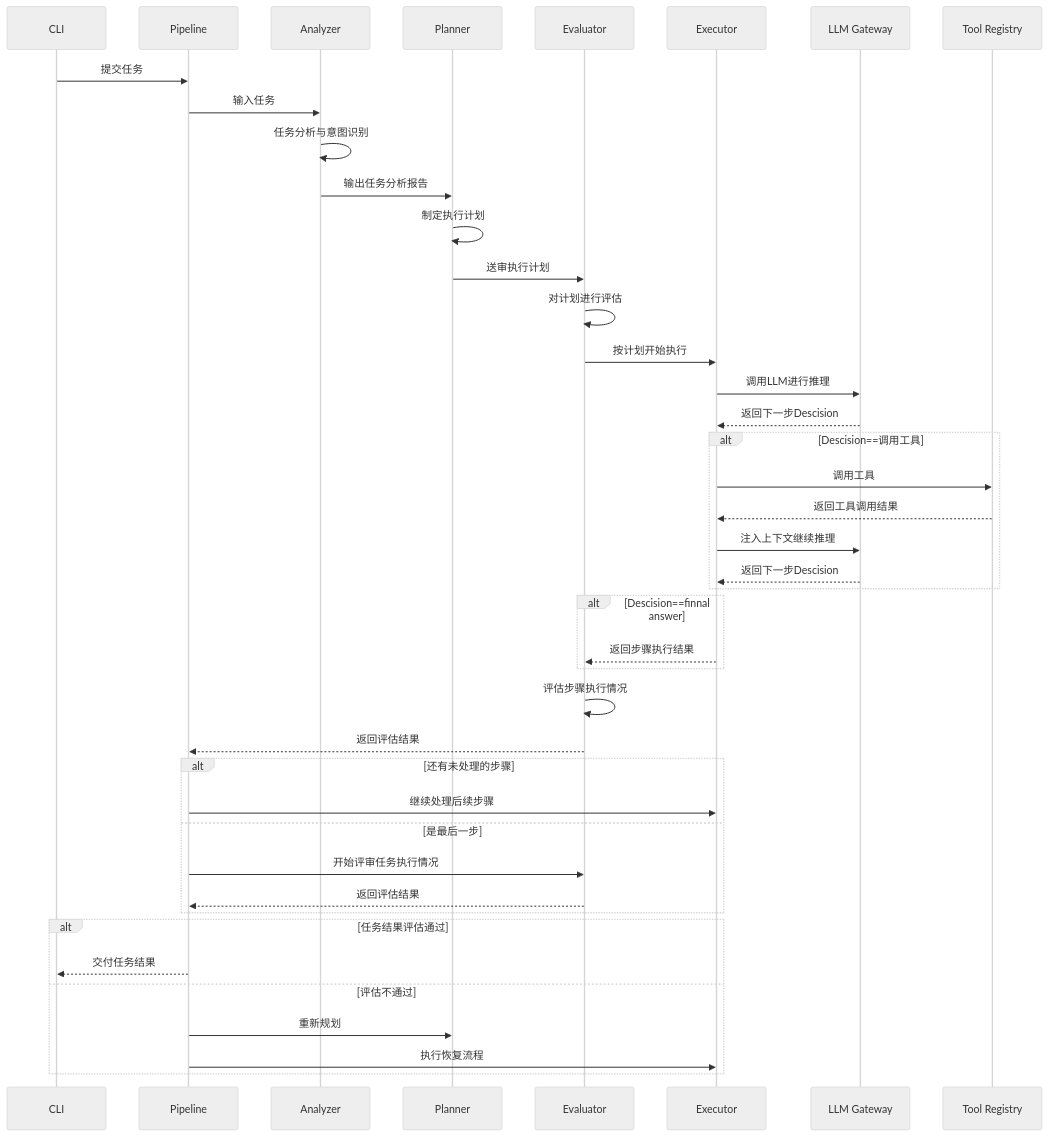
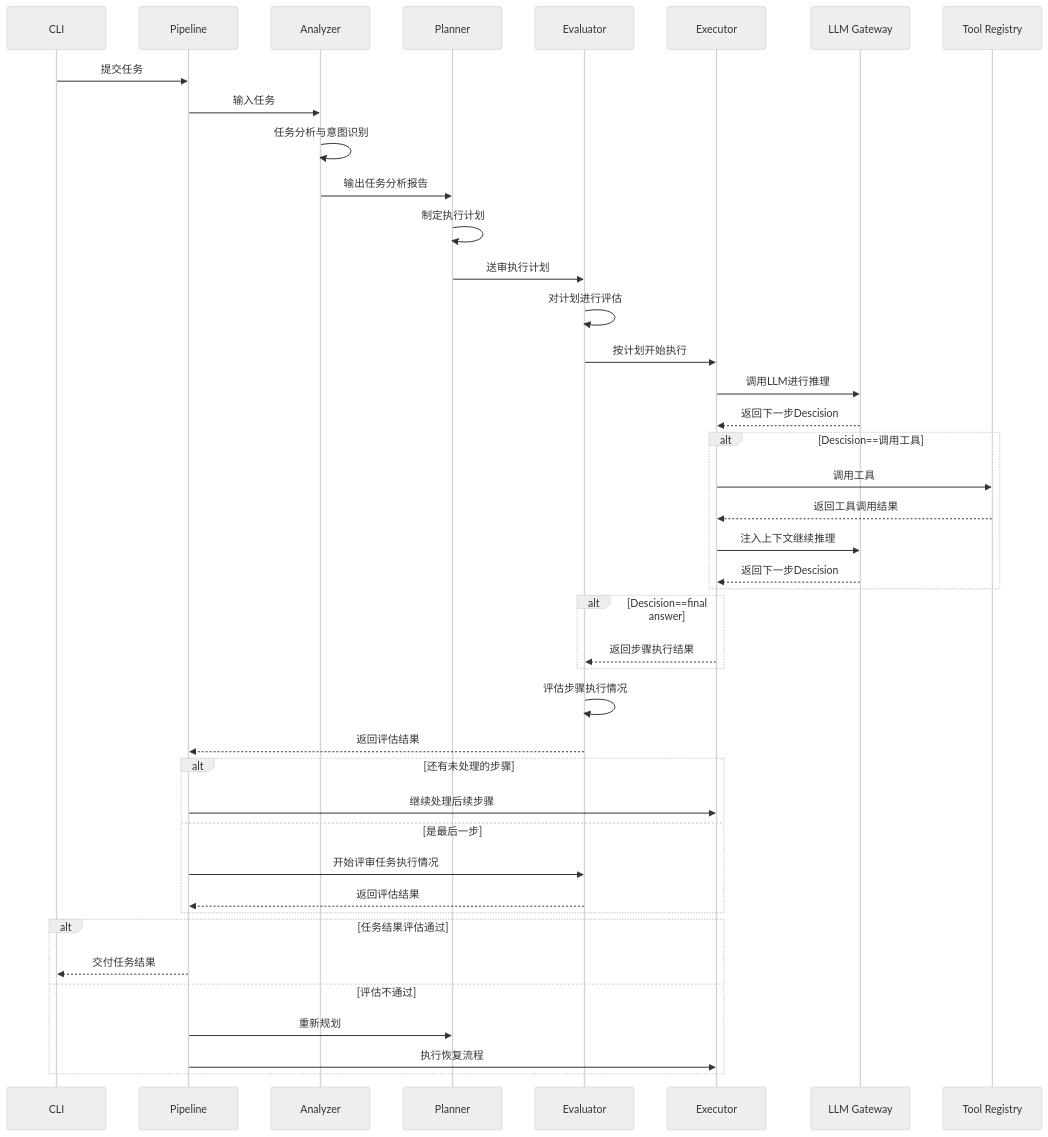
One commit to Thinking2026/NanoAgent changed the first of 2 diagrams in docs/technical_design.md. Above: the diagram before and after it, drawn with Mermaid (neutral theme). The commit also changed other lines of this file, not shown here.

````diff
--- a/docs/technical_design.md
+++ b/docs/technical_design.md
@@ -84,45 +86,45 @@
 ```mermaid
 sequenceDiagram
     participant CLI
     participant Pipeline
     participant Analyzer
     participant Planner
     participant Evaluator
     participant Executor
     participant LLM Gateway
     participant Tool Registry
 
     CLI->>Pipeline: 提交任务
     Pipeline->>Analyzer:输入任务
     Analyzer->>Analyzer: 任务分析与意图识别
     Analyzer->>Planner: 输出任务分析报告
     Planner->>Planner: 制定执行计划
     Planner->>Evaluator: 送审执行计划
     Evaluator->>Evaluator: 对计划进行评估
     Evaluator->>Executor: 按计划开始执行
     Executor->>LLM Gateway:调用LLM进行推理
     LLM Gateway-->>Executor: 返回下一步Descision
     alt Descision==调用工具
     	Executor->>Tool Registry: 调用工具
     	Tool Registry-->>Executor: 返回工具调用结果
     	Executor->>LLM Gateway:注入上下文继续推理
     	LLM Gateway-->>Executor: 返回下一步Descision
     end
-    alt Descision==finnal answer
+    alt Descision==final answer
     	Executor-->>Evaluator:返回步骤执行结果
     end
     Evaluator->>Evaluator: 评估步骤执行情况
  		Evaluator-->>Pipeline:返回评估结果
     alt 还有未处理的步骤
     	Pipeline->>Executor: 继续处理后续步骤
     else 是最后一步
     	Pipeline->>Evaluator: 开始评审任务执行情况
     	Evaluator-->>Pipeline:返回评估结果
     end
     alt 任务结果评估通过
     	Pipeline-->>CLI:交付任务结果
     else 评估不通过
     	Pipeline->>Planner:重新规划
     	Pipeline->>Executor:执行恢复流程
     end
 ```
````
